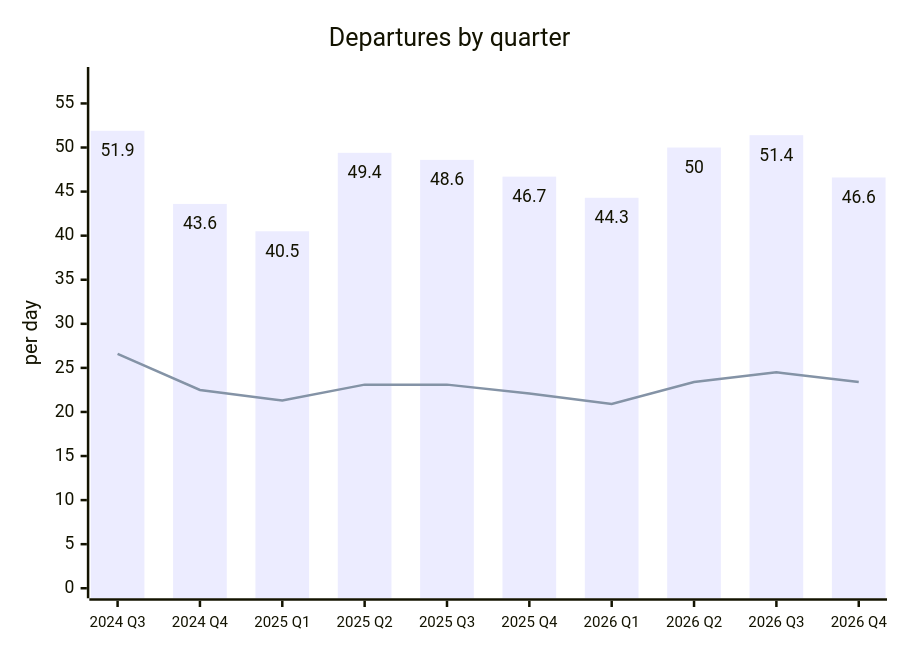
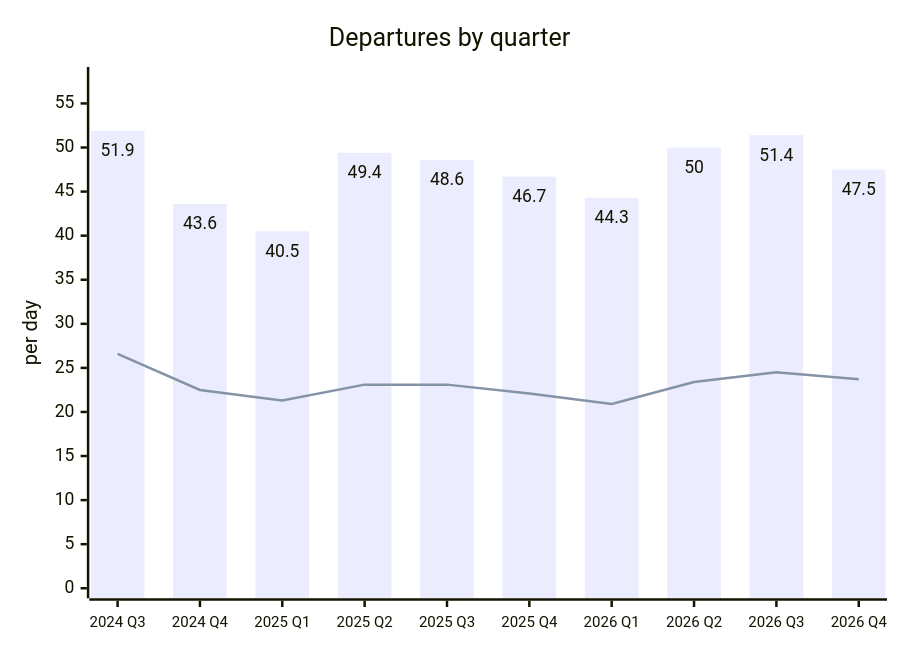
One commit to rainermesi/tll-airport-departures changed the second of 2 diagrams in README.md. Above: the diagram before and after it, drawn with Mermaid. The commit also changed other lines of this file and 3 other files, not shown here.

````diff
--- a/README.md
+++ b/README.md
@@ -82,15 +82,15 @@
 ```mermaid
 ---
 config:
   xyChart:
     showDataLabel: true
     xAxis:
       labelFontSize: 12
 ---
 xychart-beta
     title "Departures by quarter"
     x-axis ["2024 Q3", "2024 Q4", "2025 Q1", "2025 Q2", "2025 Q3", "2025 Q4", "2026 Q1", "2026 Q2", "2026 Q3", "2026 Q4"]
     y-axis "per day" 0 --> 58
-    bar [51.9, 43.6, 40.5, 49.4, 48.6, 46.7, 44.3, 50.0, 51.4, 46.6]
-    line [26.6, 22.5, 21.3, 23.1, 23.1, 22.1, 20.9, 23.4, 24.5, 23.4]
+    bar [51.9, 43.6, 40.5, 49.4, 48.6, 46.7, 44.3, 50.0, 51.4, 47.5]
+    line [26.6, 22.5, 21.3, 23.1, 23.1, 22.1, 20.9, 23.4, 24.5, 23.7]
 ```
````
